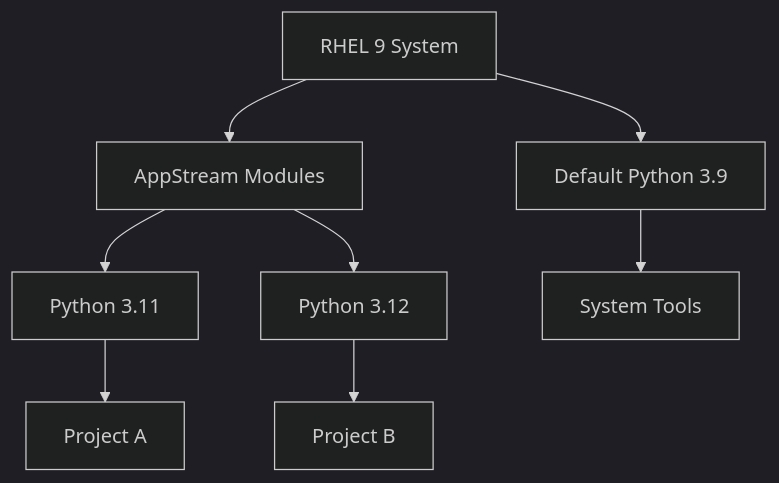
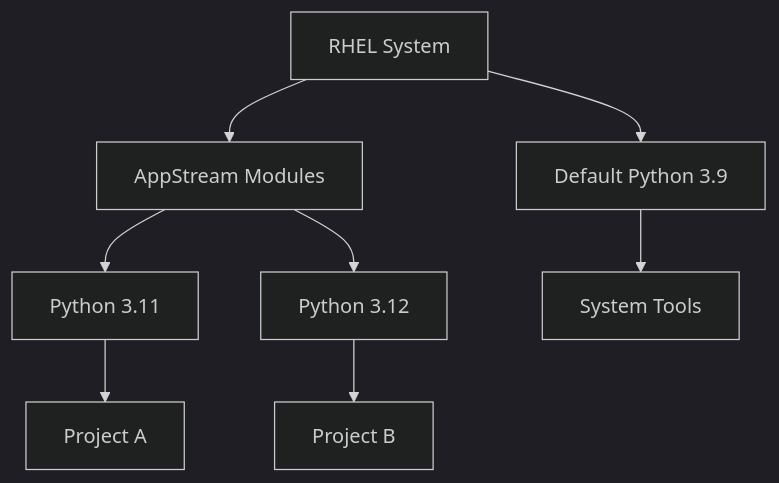
The diagram in posts/2026-03-04-install-multiple-python-versions-rhel-9/README.md (OneUptime/blog), drawn with Mermaid (dark theme) before and after one commit. The commit also changed other lines of this file and 4866 other files, not shown here.

````diff
--- a/posts/2026-03-04-install-multiple-python-versions-rhel-9/README.md
+++ b/posts/2026-03-04-install-multiple-python-versions-rhel-9/README.md
@@ -17,10 +17,10 @@
 ```mermaid
 graph TD
-    A[RHEL 9 System] --> B[Default Python 3.9]
+    A[RHEL System] --> B[Default Python 3.9]
     A --> C[AppStream Modules]
     C --> D[Python 3.11]
     C --> E[Python 3.12]
     B --> F[System Tools]
     D --> G[Project A]
     E --> H[Project B]
 ```
````
